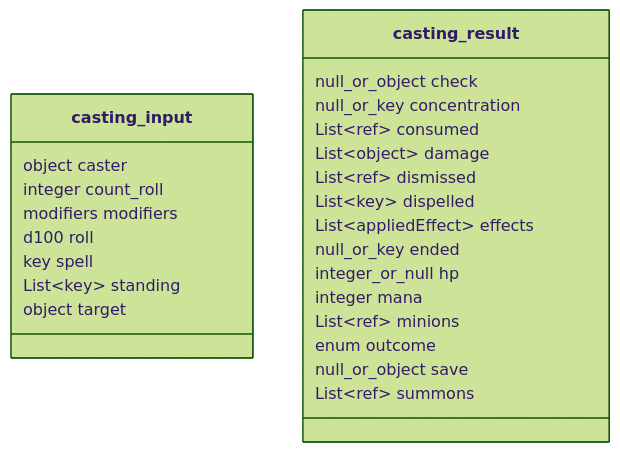
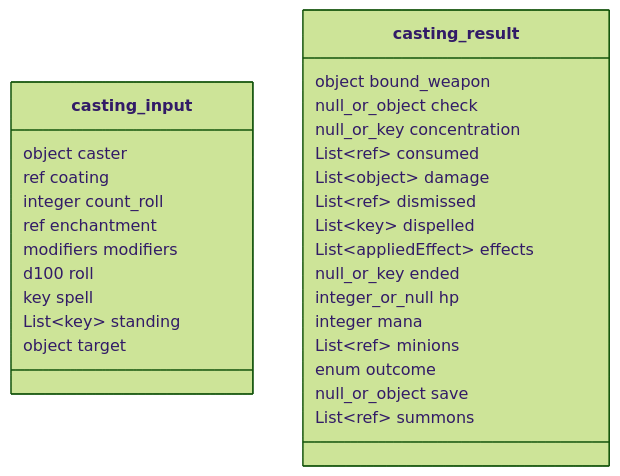
The fifth of 25 diagrams in docs/backend/contract-diagram.md (SETA1609/riftweave-core), drawn with Mermaid (forest theme) before and after one commit. The commit also changed other lines of this file and 29 other files, not shown here.

First line of the commit message:
Gd s06 01 bound weapon materials (#248)

````diff
--- a/docs/backend/contract-diagram.md
+++ b/docs/backend/contract-diagram.md
@@ -172,28 +172,31 @@
 ```mermaid
 classDiagram
     class casting_input {
         object caster
+        ref coating
         integer count_roll
+        ref enchantment
         modifiers modifiers
         d100 roll
         key spell
         List~key~ standing
         object target
     }
     class casting_result {
+        object bound_weapon
         null_or_object check
         null_or_key concentration
         List~ref~ consumed
         List~object~ damage
         List~ref~ dismissed
         List~key~ dispelled
         List~appliedEffect~ effects
         null_or_key ended
         integer_or_null hp
         integer mana
         List~ref~ minions
         enum outcome
         null_or_object save
         List~ref~ summons
     }
 ```
````
